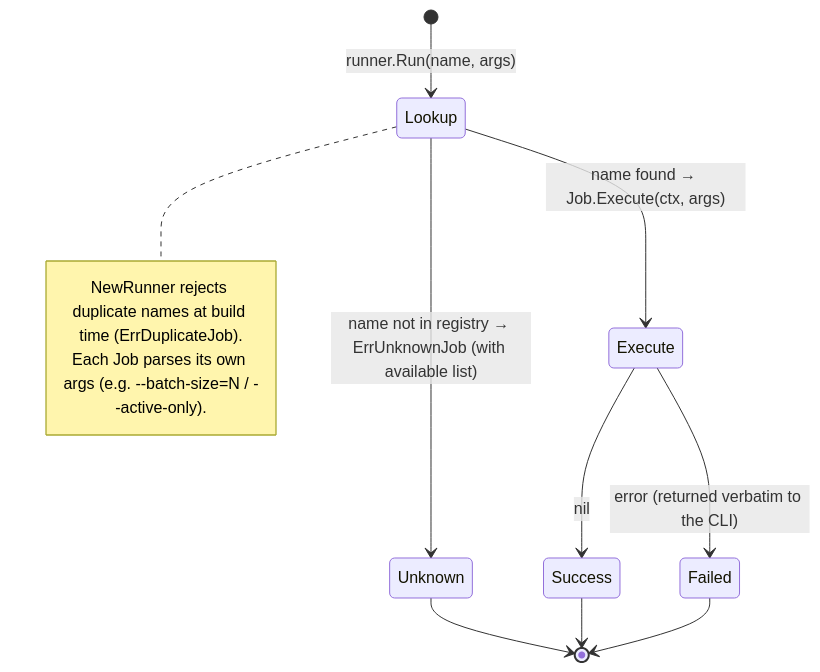
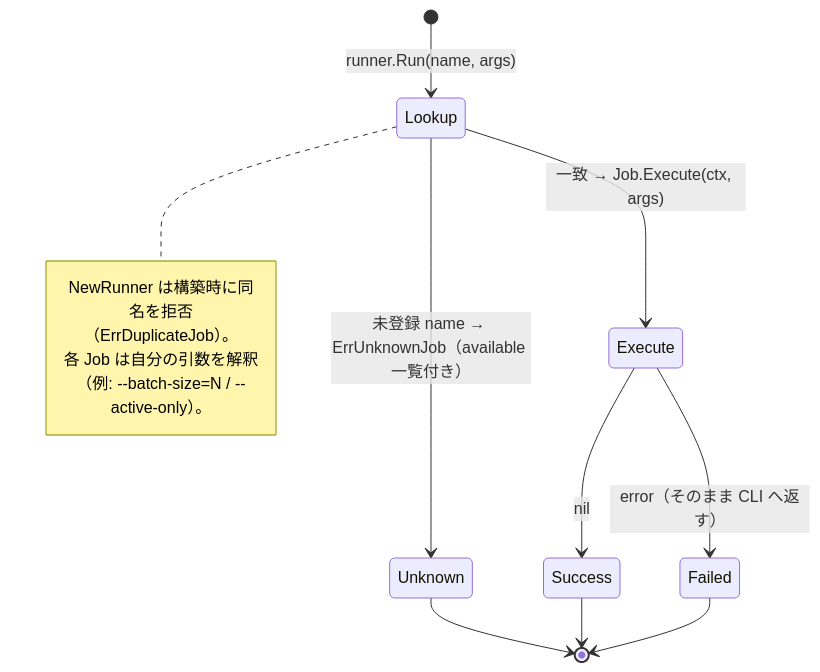
Before and after one commit to Tomy-ch/go-boilerplate: the third of 6 diagrams in docs/design/job.md, drawn with Mermaid. The commit also changed other lines of this file and 970 other files, not shown here.

````diff
--- a/docs/design/job.md
+++ b/docs/design/job.md
@@ -69,16 +69,16 @@
 ```mermaid
 stateDiagram-v2
     [*] --> Lookup: runner.Run(name, args)
-    Lookup --> Unknown: name not in registry → ErrUnknownJob (with available list)
-    Lookup --> Execute: name found → Job.Execute(ctx, args)
+    Lookup --> Unknown: 未登録 name → ErrUnknownJob（available 一覧付き）
+    Lookup --> Execute: 一致 → Job.Execute(ctx, args)
     Execute --> Success: nil
-    Execute --> Failed: error (returned verbatim to the CLI)
+    Execute --> Failed: error（そのまま CLI へ返す）
     Unknown --> [*]
     Success --> [*]
     Failed --> [*]
 
     note right of Lookup
-      NewRunner rejects duplicate names at build time (ErrDuplicateJob).
-      Each Job parses its own args (e.g. --batch-size=N / --active-only).
+      NewRunner は構築時に同名を拒否（ErrDuplicateJob）。
+      各 Job は自分の引数を解釈（例: --batch-size=N / --active-only）。
     end note
 ```
````
